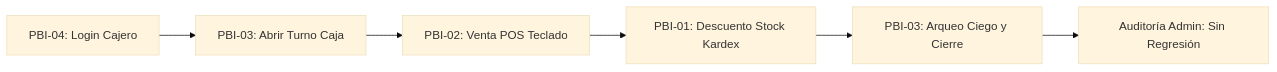
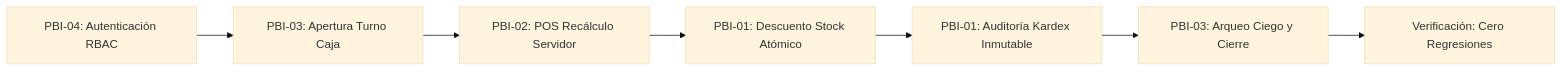
The second of 2 diagrams in docs/guia-semana13.md (Leonel-Ayala/GestiSoft), drawn with Mermaid (base theme) before and after one commit. The commit also changed other lines of this file and 31 other files, not shown here.

````diff
--- a/docs/guia-semana13.md
+++ b/docs/guia-semana13.md
@@ -183,8 +245,9 @@
 ```mermaid
 flowchart LR
-    A["PBI-04: Login Cajero"] --> B["PBI-03: Abrir Turno Caja"]
-    B --> C["PBI-02: Venta POS Teclado"]
-    C --> D["PBI-01: Descuento Stock Kardex"]
-    D --> E["PBI-03: Arqueo Ciego y Cierre"]
-    E --> F["Auditoría Admin: Sin Regresión"]
+    A["PBI-04: Autenticación RBAC"] --> B["PBI-03: Apertura Turno Caja"]
+    B --> C["PBI-02: POS Recálculo Servidor"]
+    C --> D["PBI-01: Descuento Stock Atómico"]
+    D --> E["PBI-01: Auditoría Kardex Inmutable"]
+    E --> F["PBI-03: Arqueo Ciego y Cierre"]
+    F --> G["Verificación: Cero Regresiones"]
 ```
````
